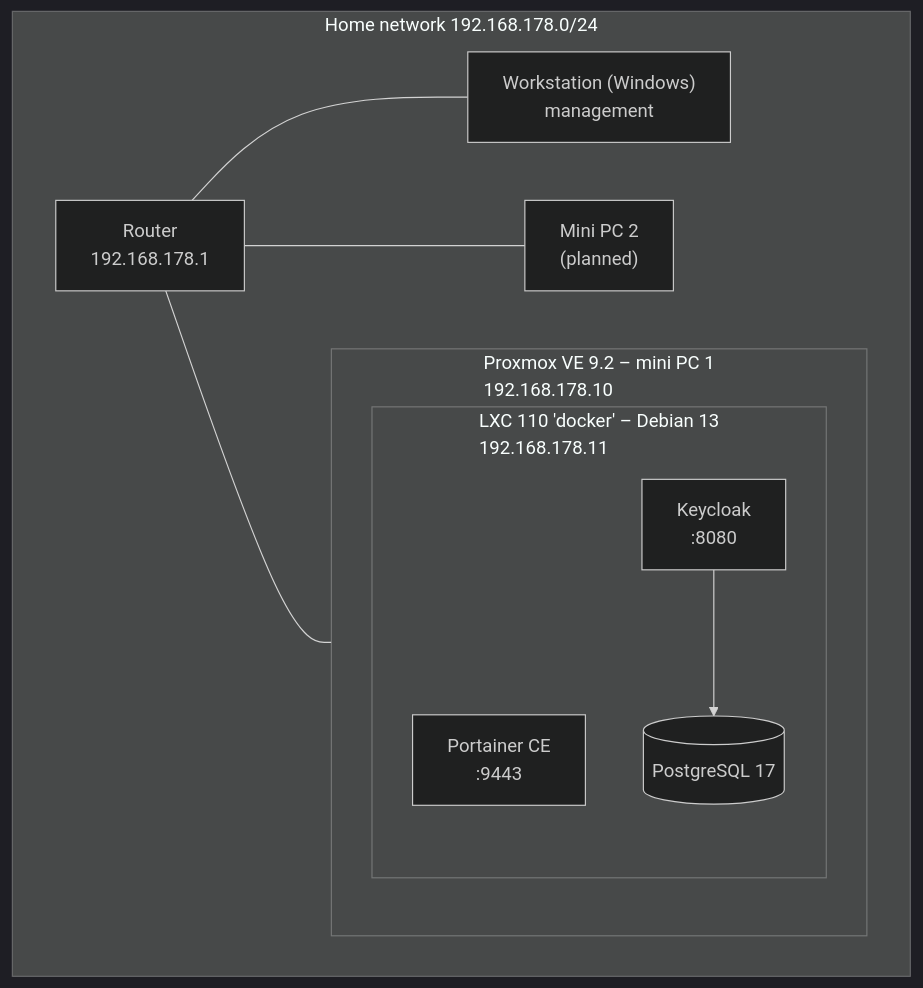
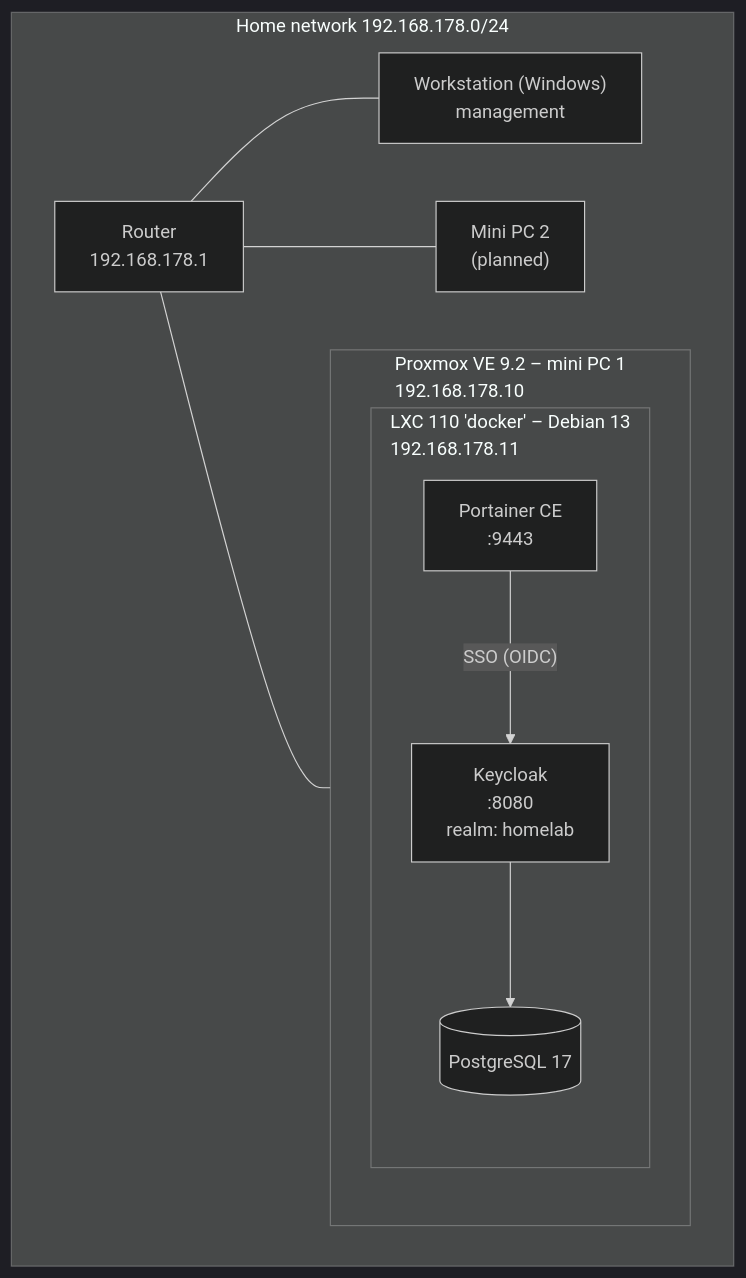
One commit to JarichOrbons/homelab changed the diagram in README.md. Above: the diagram before and after it, drawn with Mermaid (dark theme). The commit also changed other lines of this file, not shown here.

First line of the commit message:
Enhance README with highlights and architecture updates

````diff
--- a/README.md
+++ b/README.md
@@ -11,22 +20,23 @@
 ```mermaid
 flowchart TB
     subgraph LAN["Home network 192.168.178.0/24"]
         Router["Router<br/>192.168.178.1"]
         PC["Workstation (Windows)<br/>management"]
 
         subgraph PVE["Proxmox VE 9.2 – mini PC 1<br/>192.168.178.10"]
             subgraph LXC["LXC 110 'docker' – Debian 13<br/>192.168.178.11"]
                 Portainer["Portainer CE<br/>:9443"]
-                Keycloak["Keycloak<br/>:8080"]
+                Keycloak["Keycloak<br/>:8080<br/>realm: homelab"]
                 Postgres[("PostgreSQL 17")]
             end
         end
 
         MiniPC2["Mini PC 2<br/>(planned)"]
     end
 
     Router --- PVE
     Router --- PC
     Router --- MiniPC2
     Keycloak --> Postgres
+    Portainer -- "SSO (OIDC)" --> Keycloak
 ```
````
